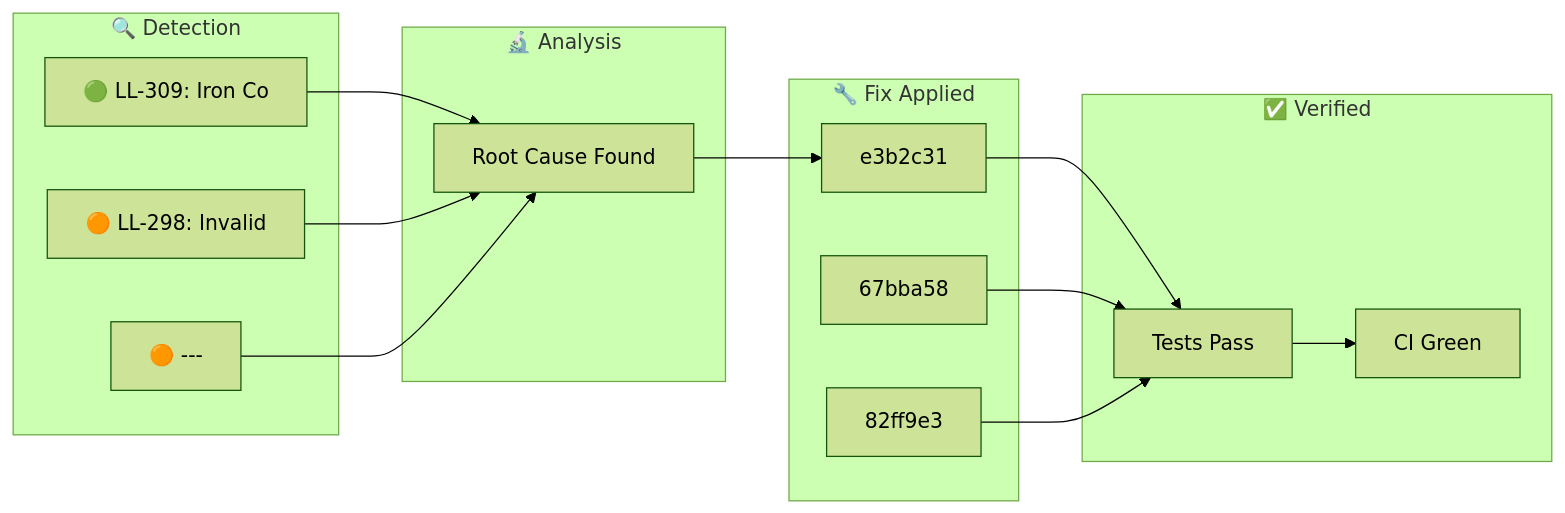
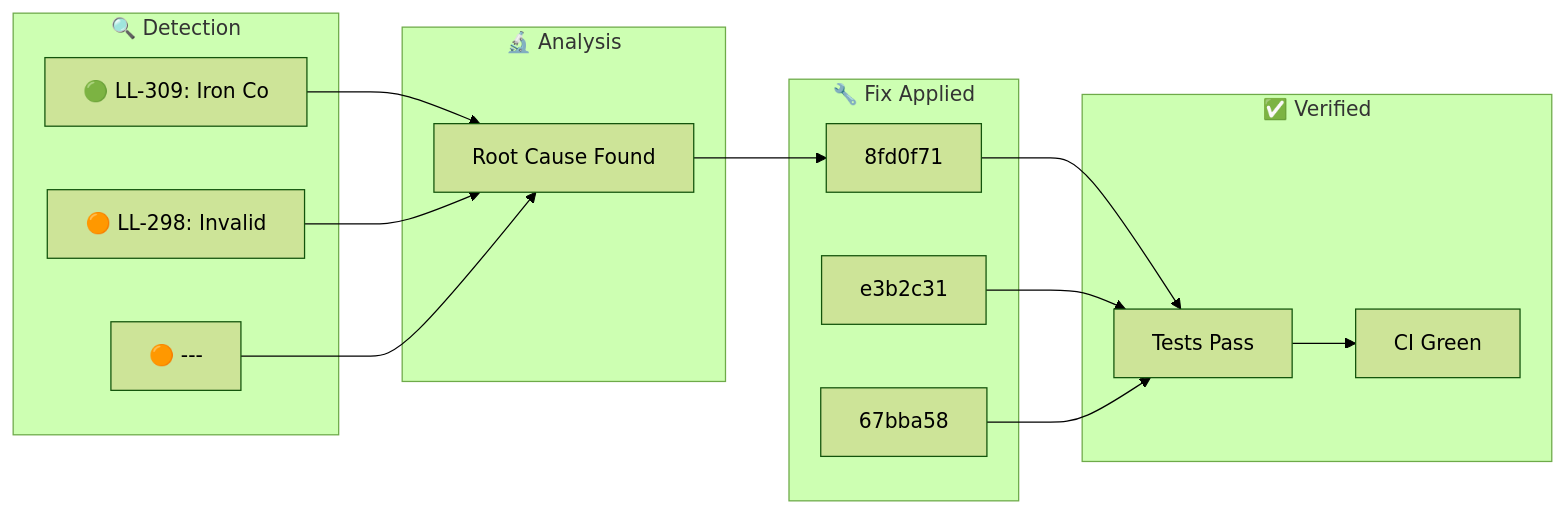
The diagram in docs/_posts/2026-01-27-ralph-discovery.md (YoByron/trading), drawn with Mermaid (forest theme) before and after one commit. The commit also changed other lines of this file, not shown here.

Commit message:
docs(ralph): Auto-publish discovery blog post

````diff
--- a/docs/_posts/2026-01-27-ralph-discovery.md
+++ b/docs/_posts/2026-01-27-ralph-discovery.md
@@ -17,28 +17,28 @@
 ```mermaid
 flowchart LR
     subgraph Detection["🔍 Detection"]
         D1["🟢 LL-309: Iron Co"]
         D2["🟠 LL-298: Invalid"]
         D3["🟠 ---"]
     end
     subgraph Analysis["🔬 Analysis"]
         A1["Root Cause Found"]
     end
     subgraph Fix["🔧 Fix Applied"]
-        F1["e3b2c31"]
-        F2["67bba58"]
-        F3["82ff9e3"]
+        F1["8fd0f71"]
+        F2["e3b2c31"]
+        F3["67bba58"]
     end
     subgraph Verify["✅ Verified"]
         V1["Tests Pass"]
         V2["CI Green"]
     end
     D1 --> A1
     D2 --> A1
     D3 --> A1
     A1 --> F1
     F1 --> V1
     F2 --> V1
     F3 --> V1
     V1 --> V2
 ```
````
